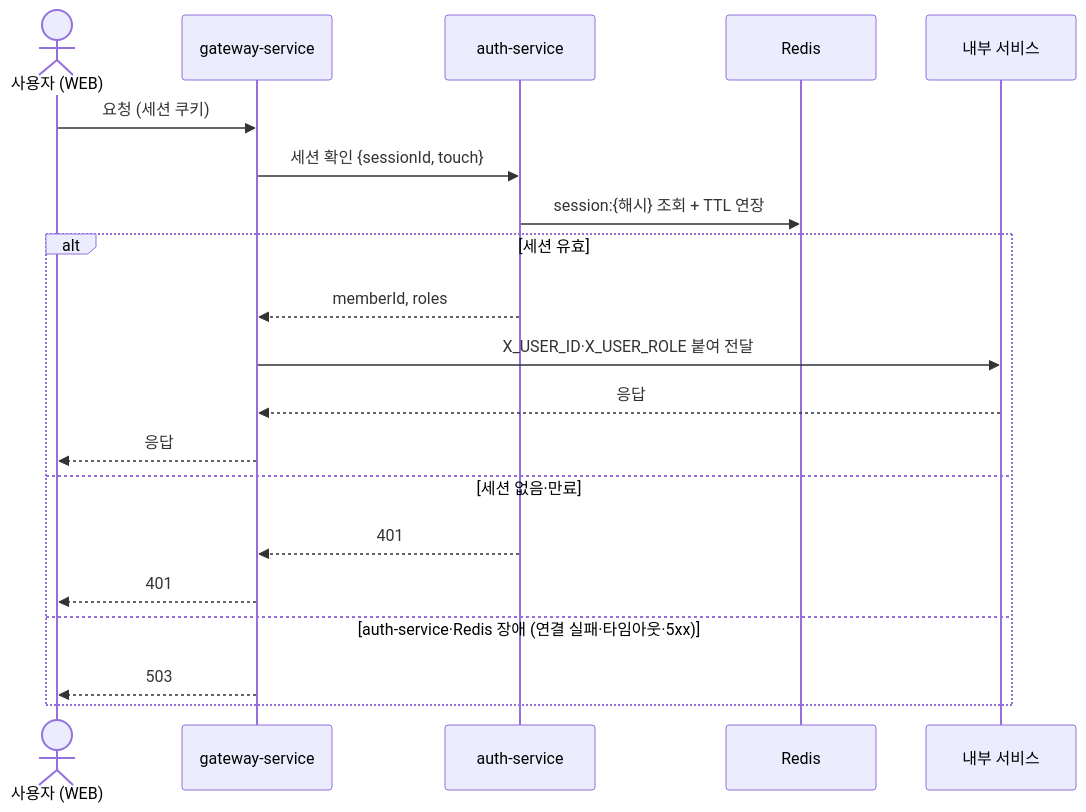
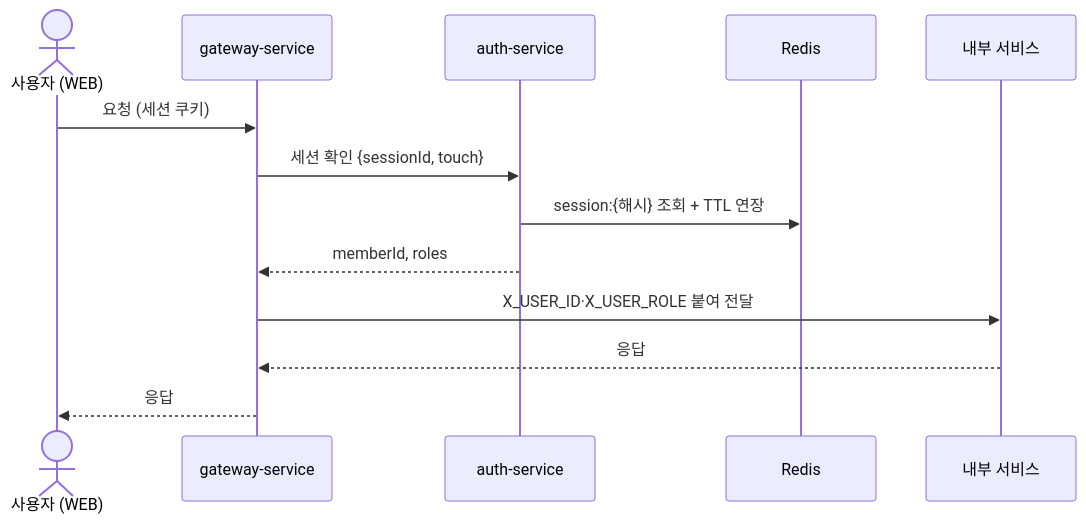
The second of 3 diagrams in .docs/spec/004-auth-spec.md (rivertw777/ModuDrive-API), drawn with Mermaid before and after one commit. The commit also changed other lines of this file, not shown here.

Commit message:
docs: tidy the request check section of the auth spec
Closes #458

````diff
--- a/.docs/spec/004-auth-spec.md
+++ b/.docs/spec/004-auth-spec.md
@@ -129,23 +129,16 @@
 ```mermaid
 sequenceDiagram
     actor U as 사용자 (WEB)
     participant G as gateway-service
     participant A as auth-service
     participant R as Redis
     participant S as 내부 서비스
 
     U->>G: 요청 (세션 쿠키)
     G->>A: 세션 확인 {sessionId, touch}
     A->>R: session:{해시} 조회 + TTL 연장
-    alt 세션 유효
-        A-->>G: memberId, roles
-        G->>S: X_USER_ID·X_USER_ROLE 붙여 전달
-        S-->>G: 응답
-        G-->>U: 응답
-    else 세션 없음·만료
-        A-->>G: 401
-        G-->>U: 401
-    else auth-service·Redis 장애 (연결 실패·타임아웃·5xx)
-        G-->>U: 503
-    end
+    A-->>G: memberId, roles
+    G->>S: X_USER_ID·X_USER_ROLE 붙여 전달
+    S-->>G: 응답
+    G-->>U: 응답
 ```
````
